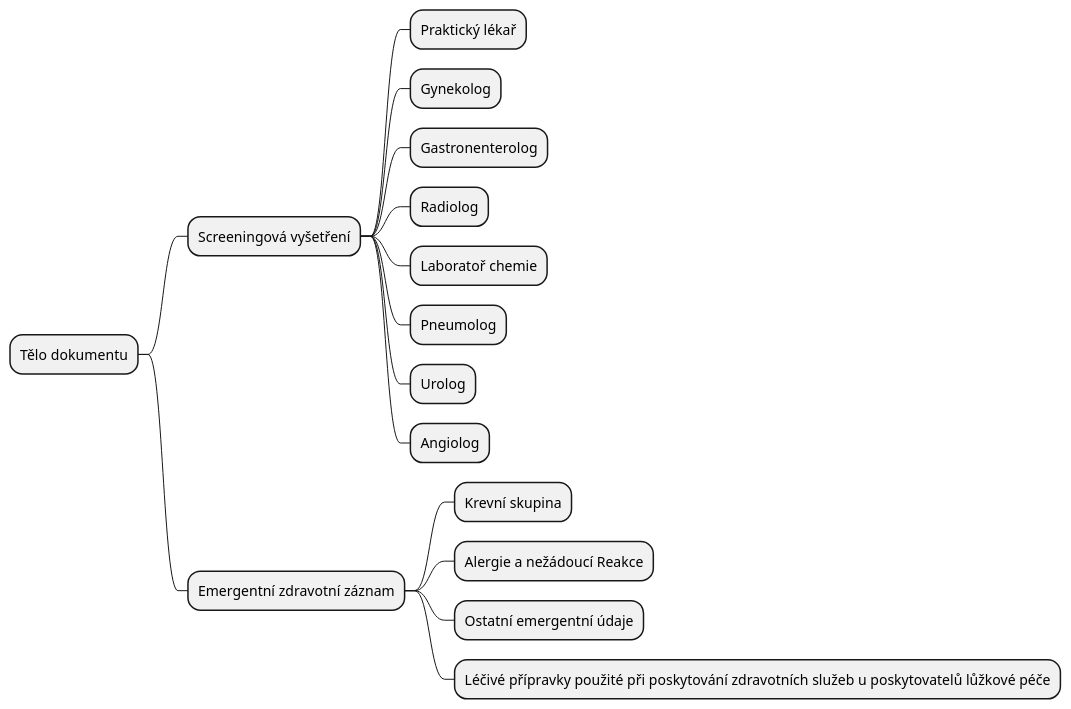
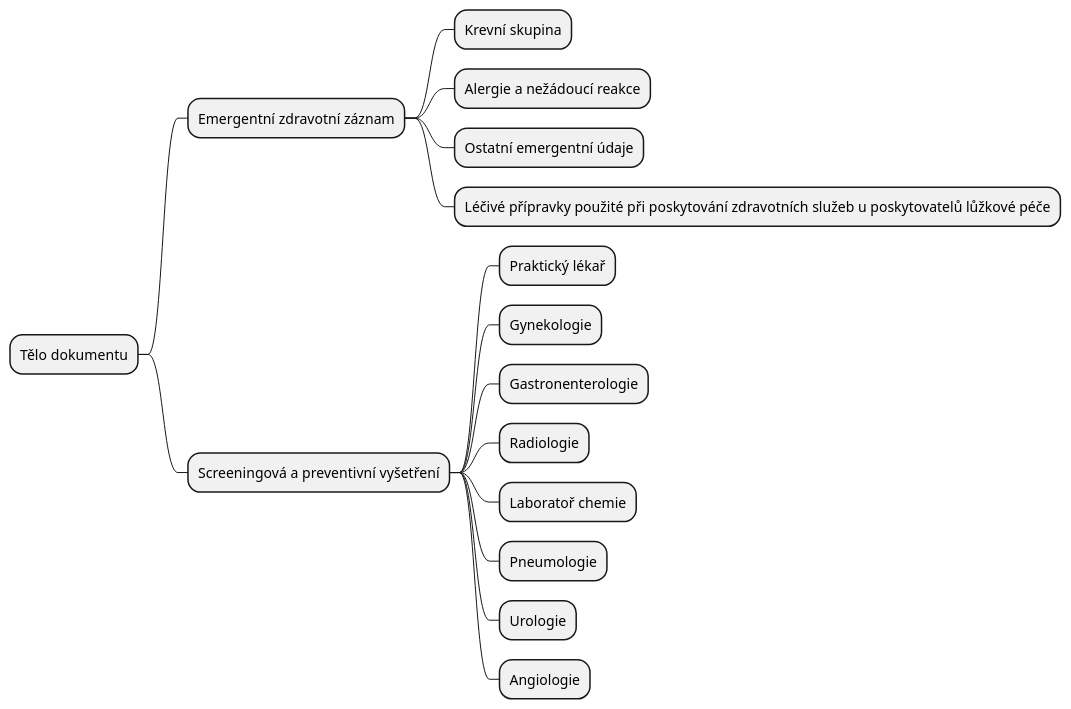
One commit to HL7-cz/szz changed the diagram in input/images-source/body-mindmap-cs.plantuml. Above: the diagram before and after it, drawn with PlantUML. The commit also changed 10 other files, not shown here.

```diff
--- a/input/images-source/body-mindmap-cs.plantuml
+++ b/input/images-source/body-mindmap-cs.plantuml
@@ -1,17 +1,17 @@
 @startmindmap
 * Tělo dokumentu
-** Screeningová vyšetření
-*** Praktický lékař
-*** Gynekolog
-*** Gastronenterolog
-*** Radiolog
-*** Laboratoř chemie
-*** Pneumolog
-*** Urolog
-*** Angiolog
 ** Emergentní zdravotní záznam
 *** Krevní skupina
-*** Alergie a nežádoucí Reakce
+*** Alergie a nežádoucí reakce
 *** Ostatní emergentní údaje
 *** Léčivé přípravky použité při poskytování zdravotních služeb u poskytovatelů lůžkové péče
+** Screeningová a preventivní vyšetření
+*** Praktický lékař
+*** Gynekologie
+*** Gastronenterologie
+*** Radiologie
+*** Laboratoř chemie
+*** Pneumologie
+*** Urologie
+*** Angiologie
 @endmindmap
```
